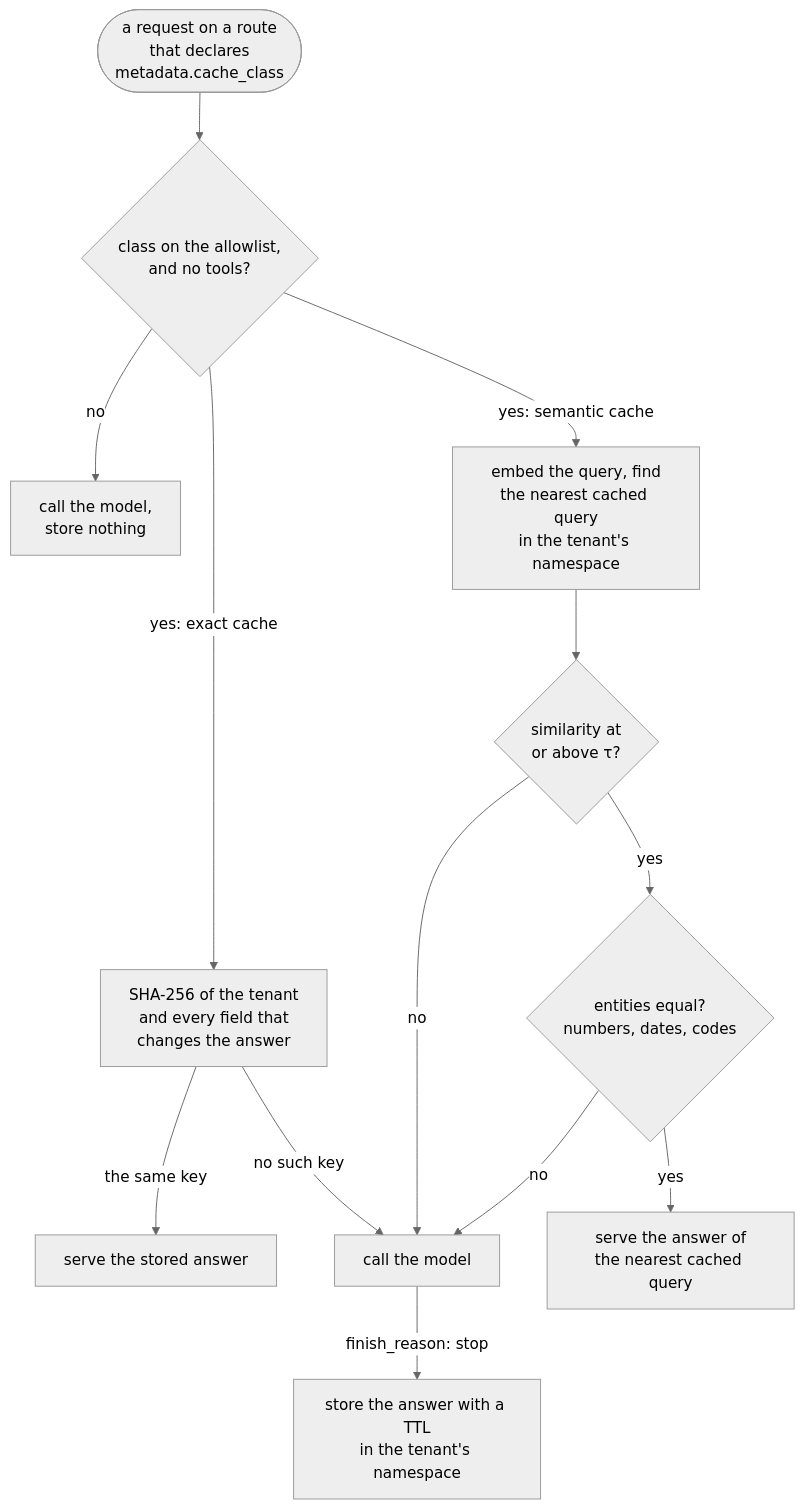
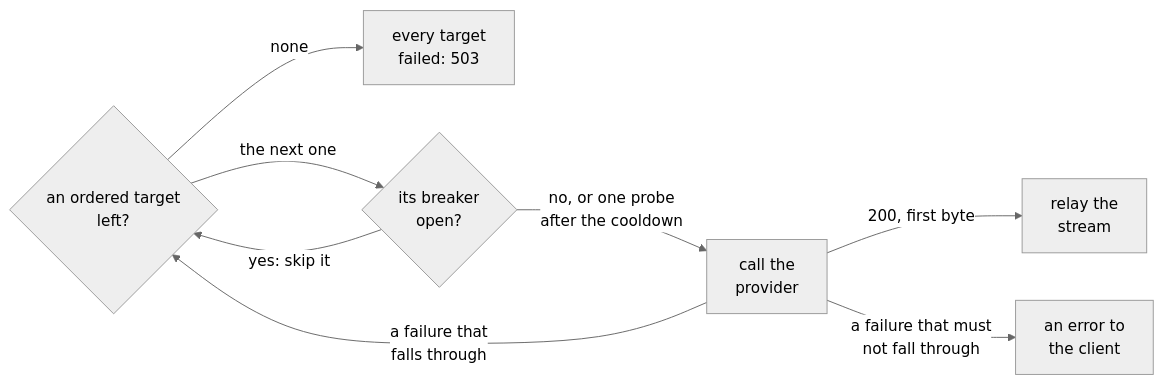
Before and after one commit to aniryou/full-stack-agentic-engineer: the fourth of 9 diagrams in 06-gateway/llm-gateway/PRIMER.md, drawn with Mermaid (neutral theme). The commit also changed other lines of this file and 633 other files, not shown here.

First line of the commit message:
Accessible language and one-screen figures, part 1: every figure fits a screen, the STE second pass over the layers (#53)

````diff
--- a/06-gateway/llm-gateway/PRIMER.md
+++ b/06-gateway/llm-gateway/PRIMER.md
@@ -484,15 +284,10 @@
 ```mermaid
-flowchart TB
-    REQ(["a request on a route<br/>that declares<br/>metadata.cache_class"]) --> GATE{"class on the allowlist,<br/>and no tools?"}
-    GATE -- "yes: exact cache" --> EX["SHA-256 of the tenant<br/>and every field that<br/>changes the answer"]
-    EX -- "the same key" --> HITX["serve the stored answer"]
-    EX -- "no such key" --> MODEL["call the model"]
-    GATE -- "no" --> NOSTORE["call the model,<br/>store nothing"]
-    GATE -- "yes: semantic cache" --> EMB["embed the query, find<br/>the nearest cached query<br/>in the tenant's namespace"]
-    EMB --> TAU{"similarity at<br/>or above τ?"}
-    TAU -- "no" --> MODEL
-    TAU -- "yes" --> ENT{"entities equal?<br/>numbers, dates, codes"}
-    ENT -- "no" --> MODEL
-    ENT -- "yes" --> HITS["serve the answer of<br/>the nearest cached query"]
-    MODEL -- "finish_reason: stop" --> STORE["store the answer with a TTL<br/>in the tenant's namespace"]
+flowchart LR
+    NEXT{"an ordered target<br/>left?"} -- "none" --> NONE["every target<br/>failed: 503"]
+    NEXT -- "the next one" --> B{"its breaker<br/>open?"}
+    B -- "yes: skip it" --> NEXT
+    B -- "no, or one probe<br/>after the cooldown" --> CALL["call the<br/>provider"]
+    CALL -- "200, first byte" --> OK["relay the<br/>stream"]
+    CALL -- "a failure that<br/>falls through" --> NEXT
+    CALL -- "a failure that must<br/>not fall through" --> STOP["an error to<br/>the client"]
 ```
````
